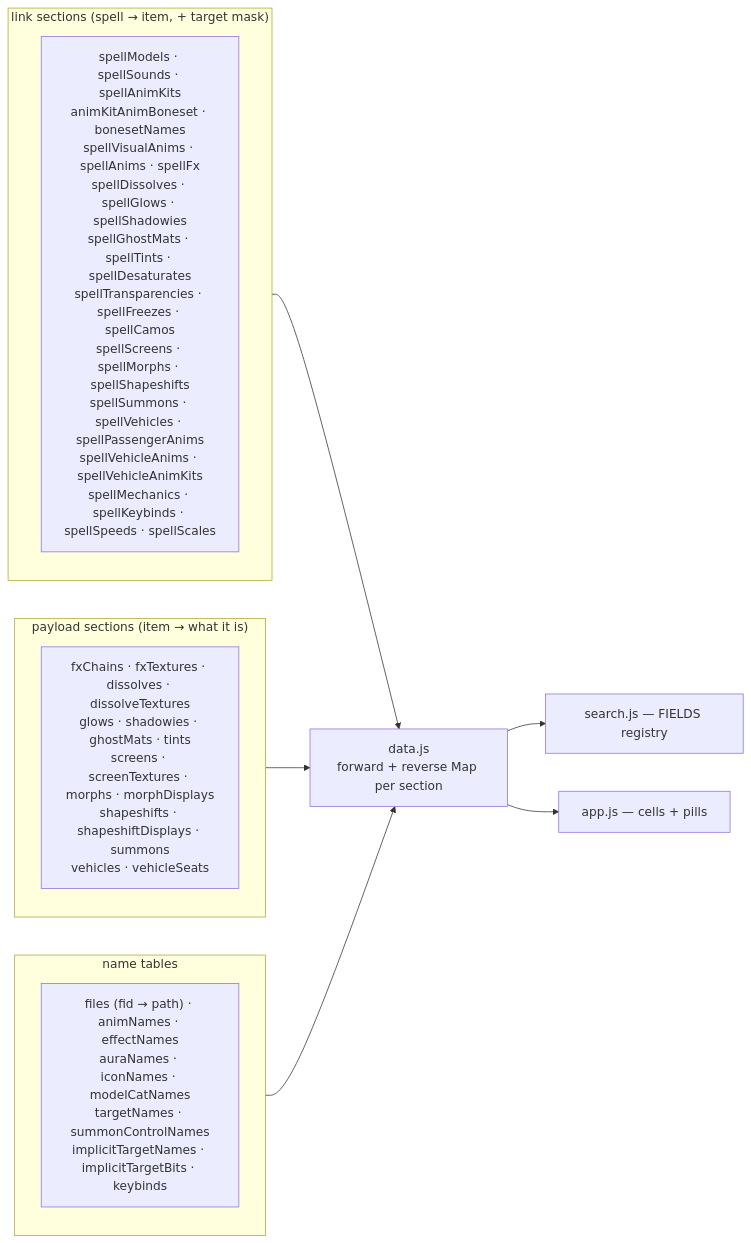
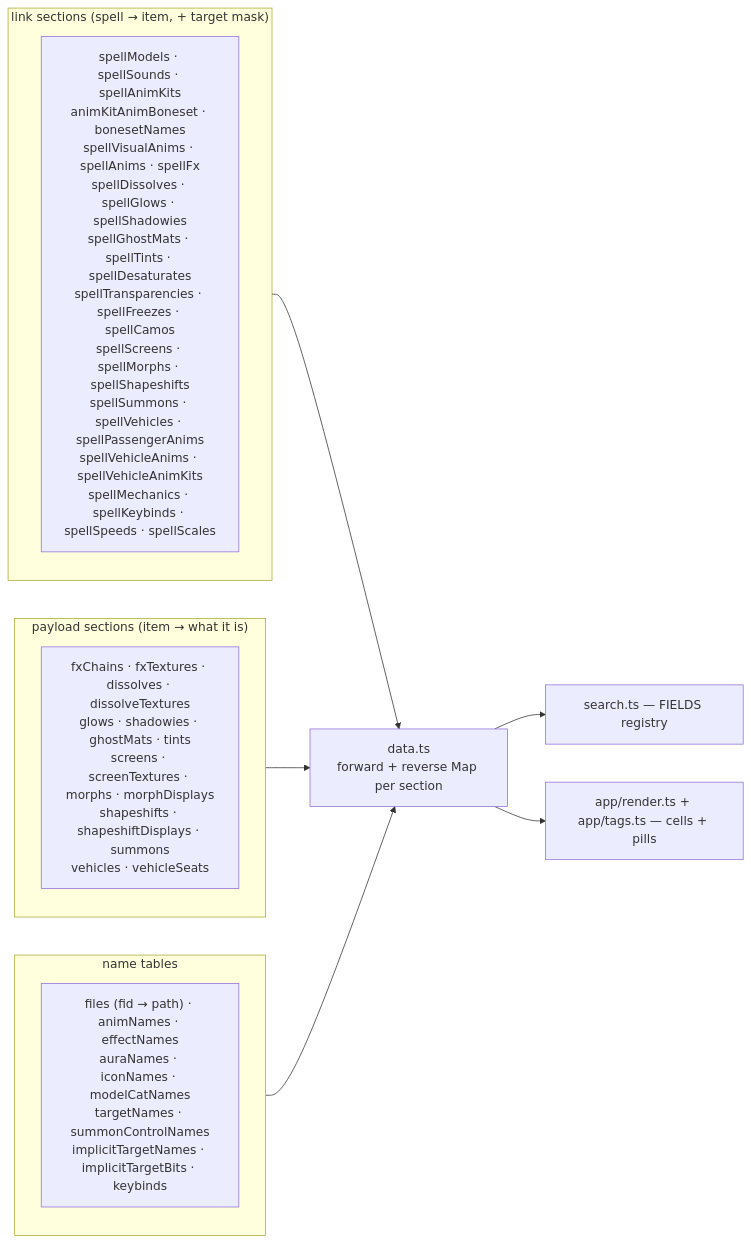
One commit to Natans8/Epsilook changed diagram 19 of 20 in DATA_ROUTES.md. Above: the diagram before and after it, drawn with Mermaid. The commit also changed other lines of this file and 52 other files, not shown here.

````diff
--- a/DATA_ROUTES.md
+++ b/DATA_ROUTES.md
@@ -940,17 +940,17 @@
 ```mermaid
 flowchart LR
   subgraph LINK["link sections (spell → item, + target mask)"]
     L1["spellModels · spellSounds · spellAnimKits<br/>animKitAnimBoneset · bonesetNames<br/>spellVisualAnims · spellAnims · spellFx<br/>spellDissolves · spellGlows · spellShadowies<br/>spellGhostMats · spellTints · spellDesaturates<br/>spellTransparencies · spellFreezes · spellCamos<br/>spellScreens · spellMorphs · spellShapeshifts<br/>spellSummons · spellVehicles · spellPassengerAnims<br/>spellVehicleAnims · spellVehicleAnimKits<br/>spellMechanics · spellKeybinds · spellSpeeds · spellScales"]
   end
   subgraph PAY["payload sections (item → what it is)"]
     P1["fxChains · fxTextures · dissolves · dissolveTextures<br/>glows · shadowies · ghostMats · tints<br/>screens · screenTextures · morphs · morphDisplays<br/>shapeshifts · shapeshiftDisplays · summons<br/>vehicles · vehicleSeats"]
   end
   subgraph NAME["name tables"]
     N1["files (fid → path) · animNames · effectNames<br/>auraNames · iconNames · modelCatNames<br/>targetNames · summonControlNames<br/>implicitTargetNames · implicitTargetBits · keybinds"]
   end
-  LINK --> IDX["data.js<br/>forward + reverse Map per section"]
+  LINK --> IDX["data.ts<br/>forward + reverse Map per section"]
   PAY --> IDX
   NAME --> IDX
-  IDX --> Q["search.js — FIELDS registry"]
-  IDX --> R["app.js — cells + pills"]
+  IDX --> Q["search.ts — FIELDS registry"]
+  IDX --> R["app/render.ts + app/tags.ts — cells + pills"]
 ```
````
